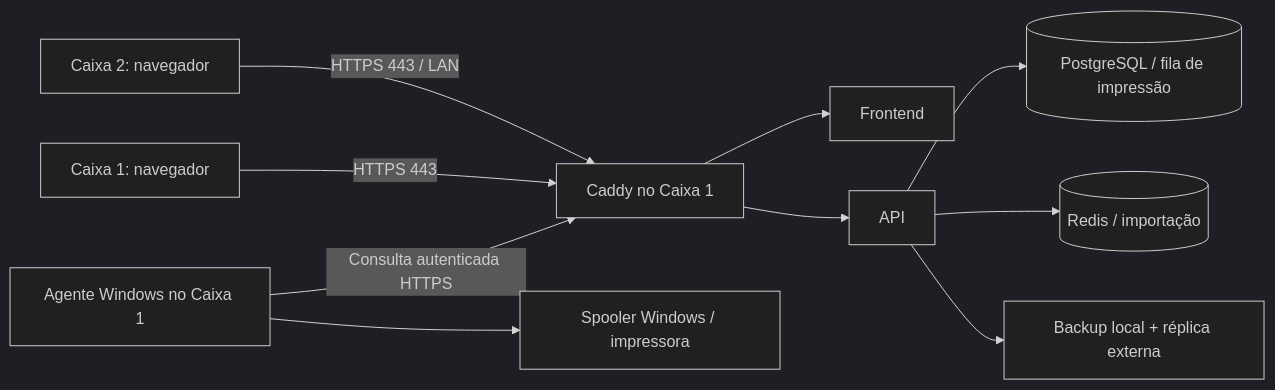
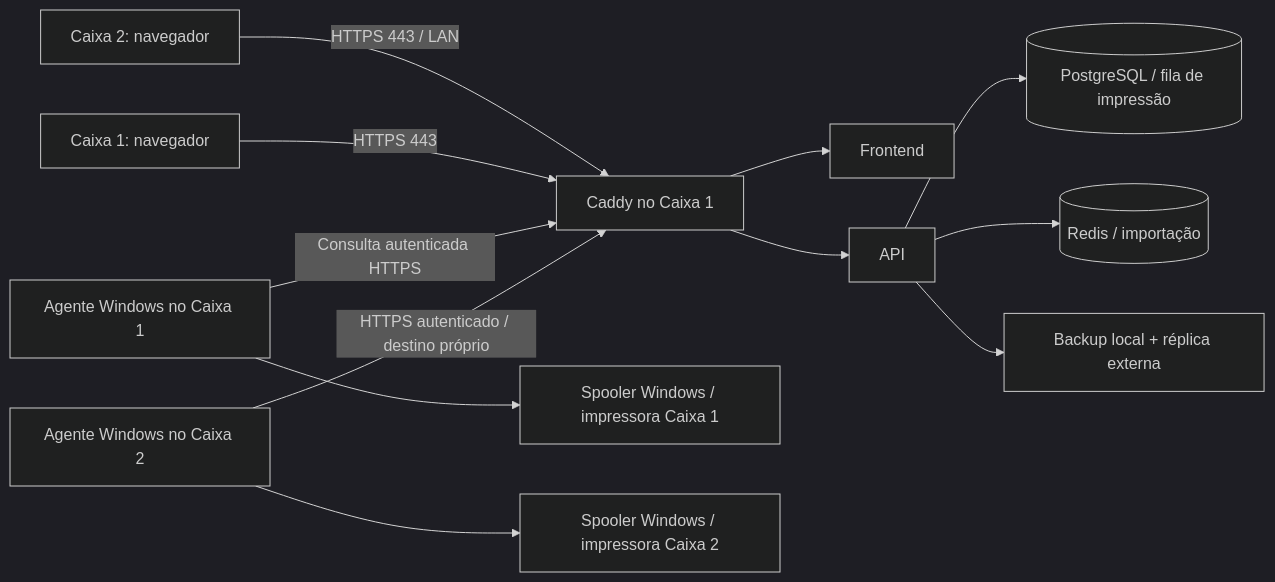
The first of 2 diagrams in docs/instalacao/TECNICO.md (brunomedeirosisi/pos), drawn with Mermaid (dark theme) before and after one commit. The commit also changed other lines of this file and 61 other files, not shown here.

````diff
--- a/docs/instalacao/TECNICO.md
+++ b/docs/instalacao/TECNICO.md
@@ -7,12 +7,14 @@
 ```mermaid
 flowchart LR
   T[Caixa 2: navegador] -->|HTTPS 443 / LAN| P[Caddy no Caixa 1]
   B[Caixa 1: navegador] -->|HTTPS 443| P
   P --> F[Frontend]
   P --> A[API]
   A --> D[(PostgreSQL / fila de impressão)]
   A --> R[(Redis / importação)]
   W[Agente Windows no Caixa 1] -->|Consulta autenticada HTTPS| P
-  W --> S[Spooler Windows / impressora]
+  W --> S[Spooler Windows / impressora Caixa 1]
+  WT[Agente Windows no Caixa 2] -->|HTTPS autenticado / destino próprio| P
+  WT --> ST[Spooler Windows / impressora Caixa 2]
   A --> V[Backup local + réplica externa]
 ```
````
